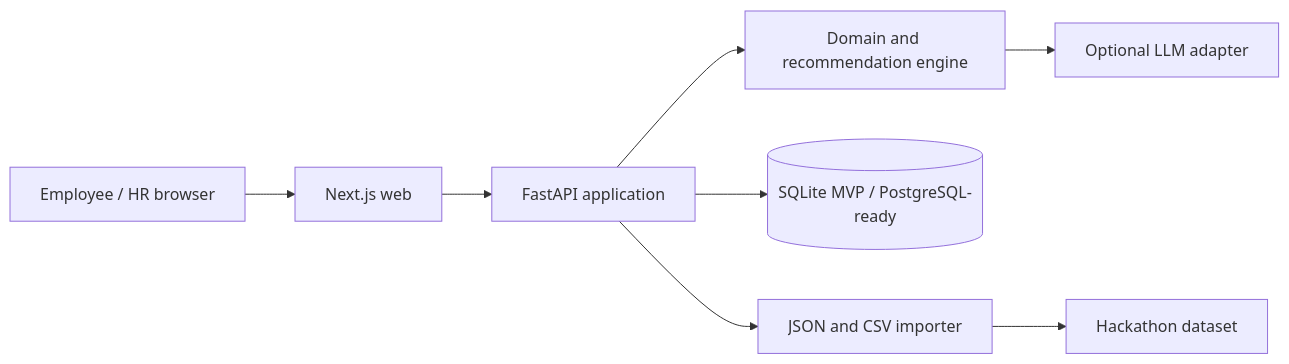
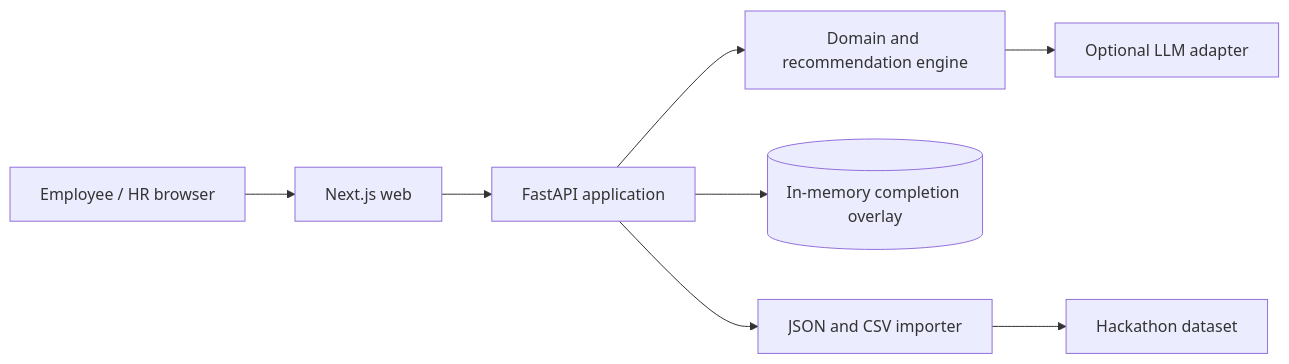
The first of 2 diagrams in docs/ARCHITECTURE.md (BAITC-Hacks/hack-efa741b1-qaldy-ai), drawn with Mermaid before and after one commit. The commit also changed other lines of this file and 30 other files, not shown here.

Commit message:
feat: implement core user flow

````diff
--- a/docs/ARCHITECTURE.md
+++ b/docs/ARCHITECTURE.md
@@ -19,10 +19,10 @@
 ```mermaid
 flowchart LR
     Browser[Employee / HR browser] --> Web[Next.js web]
     Web --> API[FastAPI application]
     API --> Domain[Domain and recommendation engine]
-    API --> DB[(SQLite MVP / PostgreSQL-ready)]
+    API --> Overlay[(In-memory completion overlay)]
     API --> Importer[JSON and CSV importer]
     Domain --> LLM[Optional LLM adapter]
     Importer --> Seed[Hackathon dataset]
 ```
````
